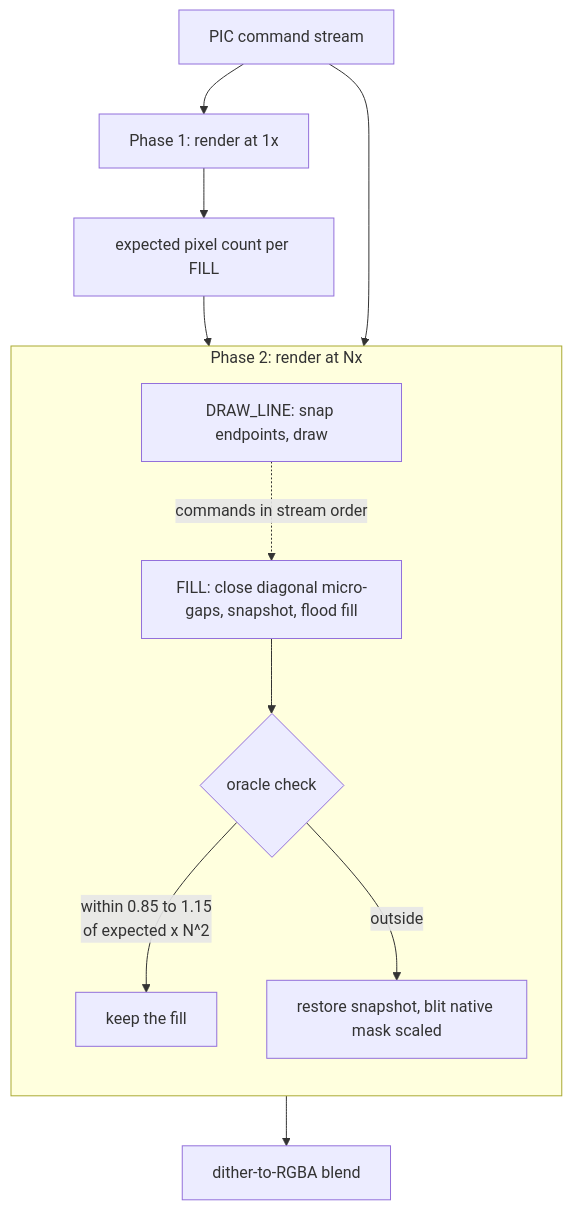
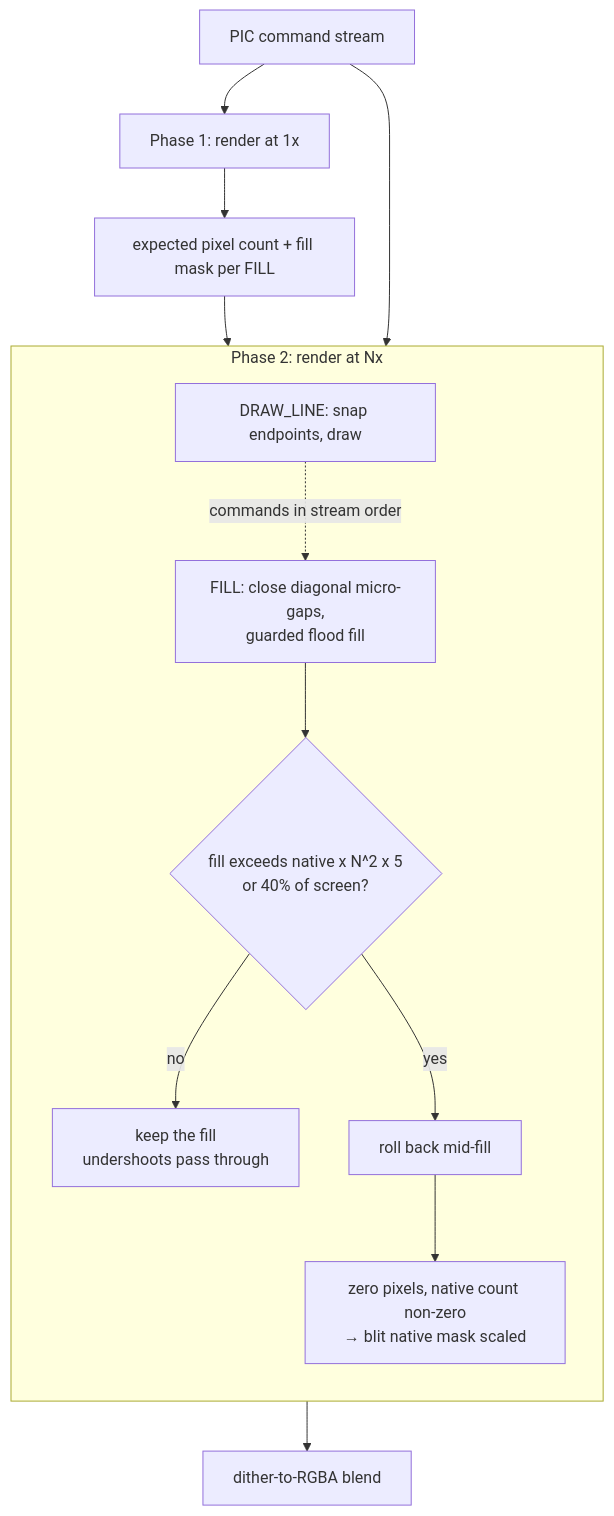
The first of 2 diagrams in src/content/posts/sci0-pic-upscaling-native-render-oracle/index.mdx (jonborchardt/blog), drawn with Mermaid before and after one commit. The commit also changed other lines of this file and 2 other files, not shown here.

First line of the commit message:
post: authority retrofit sci0-pic-upscaling-native-render-oracle

````diff
--- a/src/content/posts/sci0-pic-upscaling-native-render-oracle/index.mdx
+++ b/src/content/posts/sci0-pic-upscaling-native-render-oracle/index.mdx
@@ -95,20 +96,21 @@
 ```mermaid
 flowchart TB
   accTitle: The snap-blend rendering pipeline
-  accDescr: The PIC command stream is rendered once at native resolution to record how many pixels each FILL touches. The same commands are then rendered at the target scale; lines get snapped endpoints, and before each fill a micro-gap pass closes diagonal gaps. Each scaled fill's pixel count is compared with the native count times scale squared; within 15 percent it is kept, otherwise the canvas is restored and the native fill region is nearest-neighbour scaled in. A final dither-to-RGBA blend runs over the whole canvas.
+  accDescr: The PIC command stream is rendered once at native resolution to record how many pixels each FILL touches. The same commands are then rendered at the target scale; lines get snapped endpoints, and before each fill a micro-gap pass closes diagonal gaps. Each fill runs under a guard: if it exceeds five times its native count times scale squared, or forty percent of the screen, it is rolled back mid-fill. A fill that ends with zero pixels while its native count is non-zero is recovered by blitting the nearest-neighbour scaled native mask. Undershoots pass through untouched. A final dither-to-RGBA blend runs over the whole canvas.
   P[PIC command stream] --> N[Phase 1: render at 1x]
-  N --> E[expected pixel count per FILL]
+  N --> E[expected pixel count + fill mask per FILL]
   P --> S
   subgraph S[Phase 2: render at Nx]
     direction TB
     L[DRAW_LINE: snap endpoints, draw]
-    F[FILL: close diagonal micro-gaps, snapshot, flood fill]
-    C{oracle check}
+    F[FILL: close diagonal micro-gaps,<br/>guarded flood fill]
+    C{fill exceeds native x N^2 x 5<br/>or 40% of screen?}
     L -. commands in stream order .-> F
     F --> C
-    C -- "within 0.85 to 1.15<br/>of expected x N^2" --> K[keep the fill]
-    C -- outside --> R[restore snapshot, blit native mask scaled]
+    C -- no --> K[keep the fill<br/>undershoots pass through]
+    C -- yes --> R[roll back mid-fill]
+    R --> M[zero pixels, native count non-zero<br/>→ blit native mask scaled]
   end
   E --> C
   S --> B[dither-to-RGBA blend]
 ```
````
